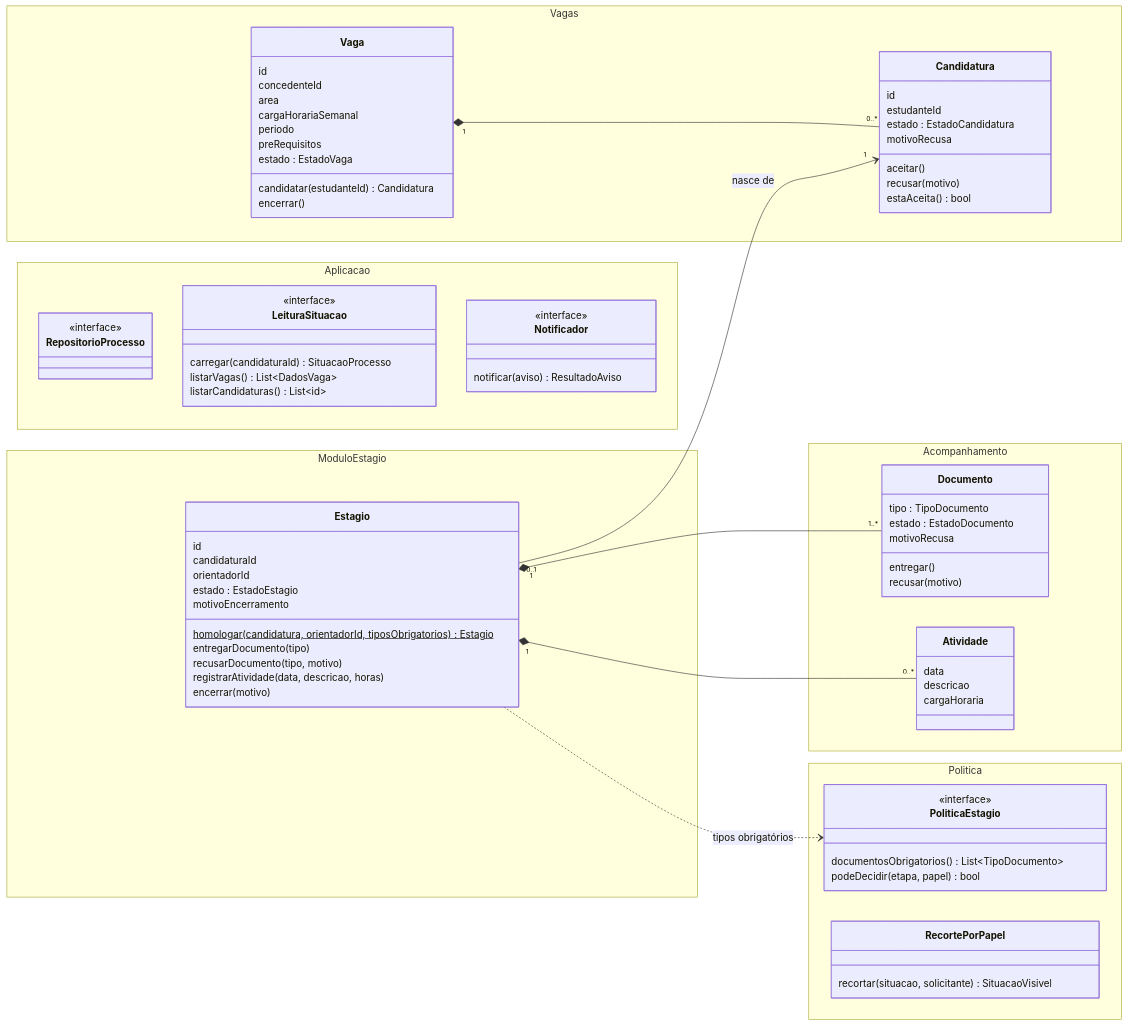
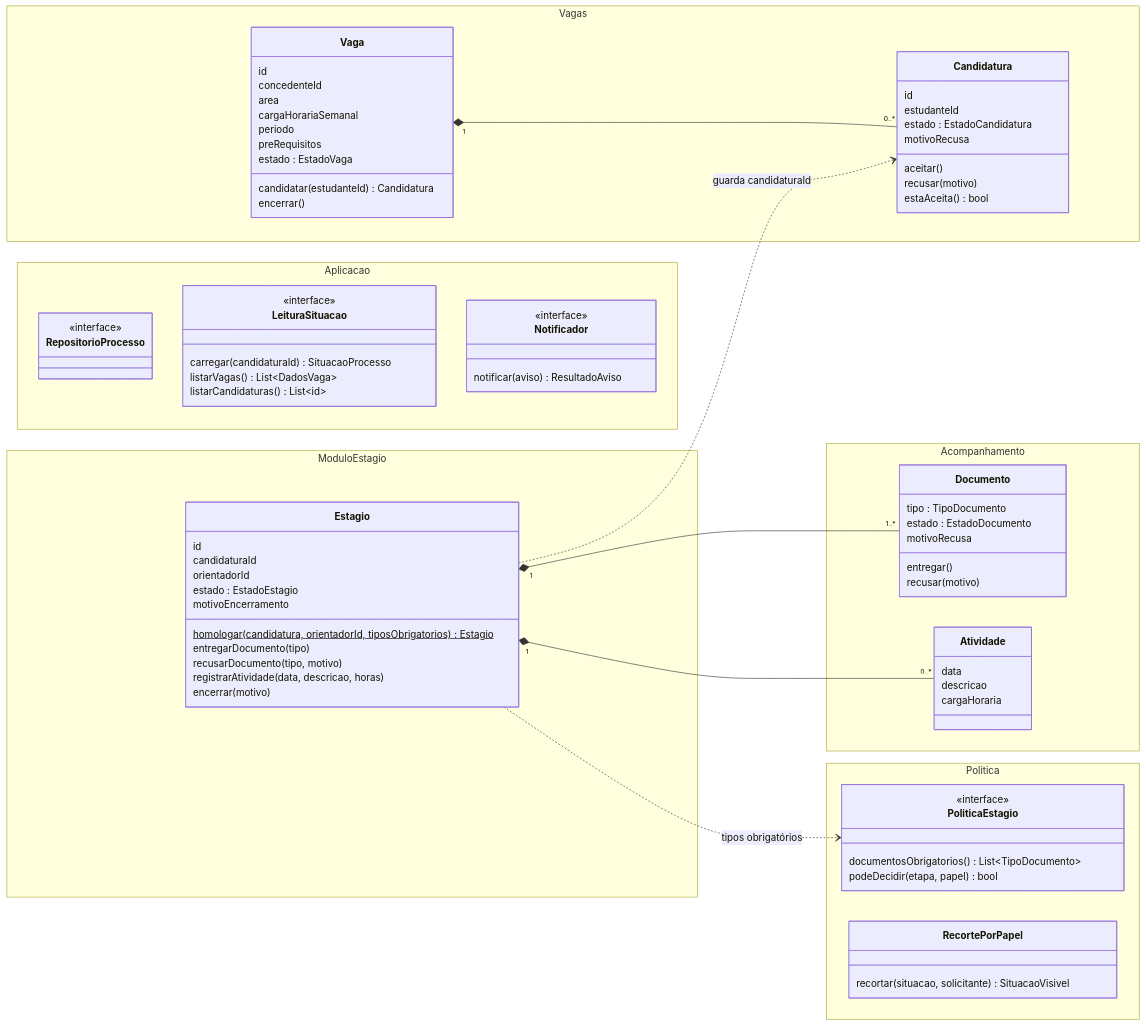
One commit to sofiawl/SoftwareDesign changed the diagram in docs/modelo-dominio.md. Above: the diagram before and after it, drawn with Mermaid. The commit also changed 6 other files, not shown here.

Commit message:
docs: update diagrams names

```diff
--- a/docs/modelo-dominio.md
+++ b/docs/modelo-dominio.md
@@ -89,7 +89,7 @@
     }
 
     Vaga "1" *-- "0..*" Candidatura
-    Estagio "0..1" --> "1" Candidatura : nasce de
+    Estagio ..> Candidatura : guarda candidaturaId
     Estagio "1" *-- "1..*" Documento
     Estagio "1" *-- "0..*" Atividade
     Estagio ..> PoliticaEstagio : tipos obrigatórios
```
